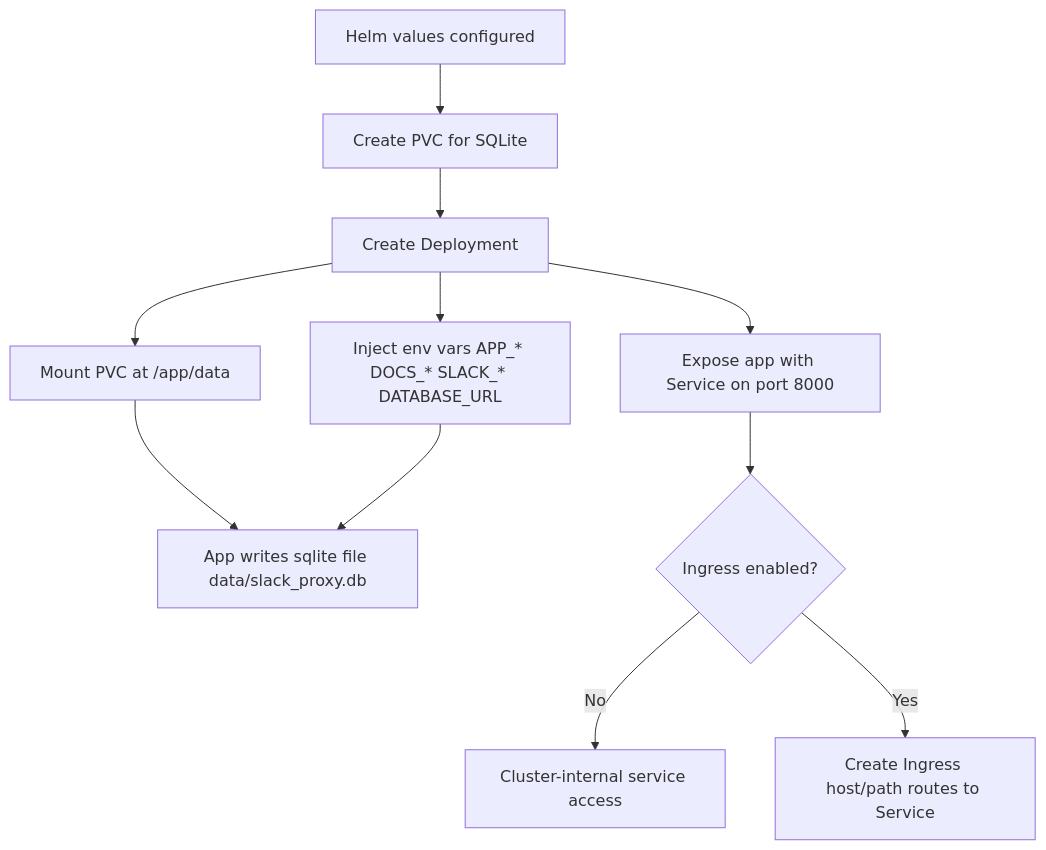
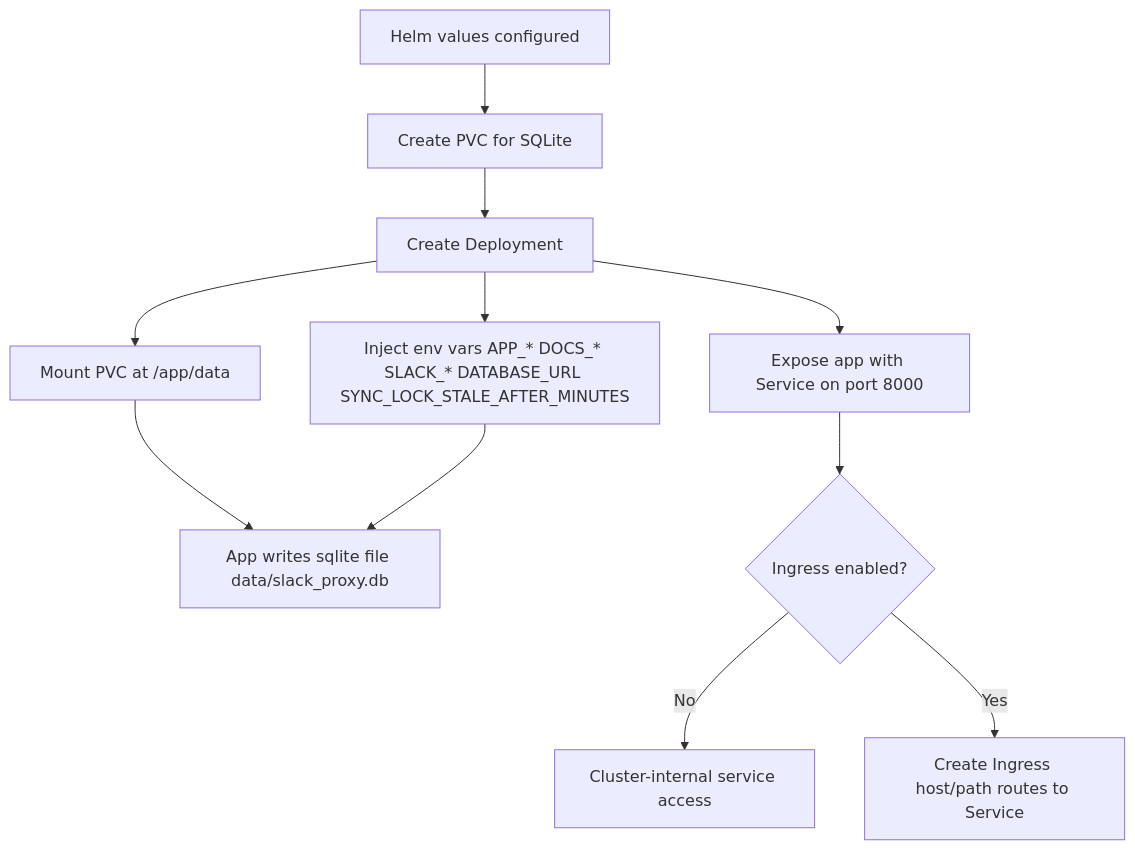
One commit to jha-hitesh/slack-channels-proxy changed the third of 4 diagrams in flow.md. Above: the diagram before and after it, drawn with Mermaid. The commit also changed other lines of this file and 14 other files, not shown here.

Commit message:
UPDATE: add configurable sync lock stale timeout

````diff
--- a/flow.md
+++ b/flow.md
@@ -69,13 +69,13 @@
 ```mermaid
 flowchart TD
   A[Helm values configured] --> B[Create PVC for SQLite]
   B --> C[Create Deployment]
   C --> D[Mount PVC at /app/data]
-  C --> E[Inject env vars APP_* DOCS_* SLACK_* DATABASE_URL]
+  C --> E[Inject env vars APP_* DOCS_* SLACK_* DATABASE_URL SYNC_LOCK_STALE_AFTER_MINUTES]
   D --> F[App writes sqlite file data/slack_proxy.db]
   E --> F
   C --> G[Expose app with Service on port 8000]
   G --> H{Ingress enabled?}
   H -->|No| I[Cluster-internal service access]
   H -->|Yes| J[Create Ingress host/path routes to Service]
 ```
````
